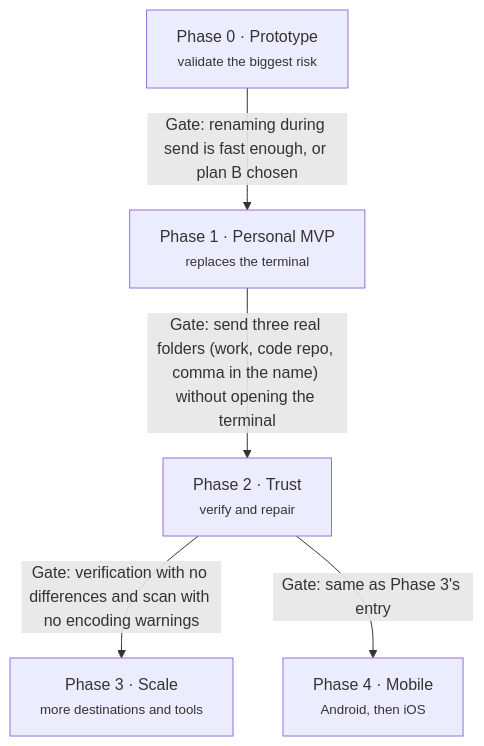
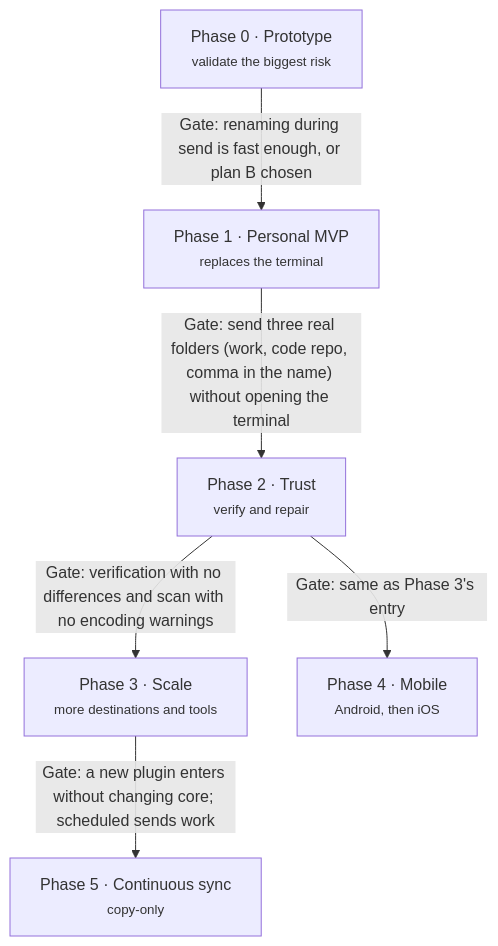
The diagram in docs/09-roadmap.md (nevespvasco/filebridge), drawn with Mermaid before and after one commit. The commit also changed other lines of this file and 16 other files, not shown here.

````diff
--- a/docs/09-roadmap.md
+++ b/docs/09-roadmap.md
@@ -9,12 +9,14 @@
 ```mermaid
 flowchart TB
     P0["Phase 0 · Prototype<br/><small>validate the biggest risk</small>"]
     P1["Phase 1 · Personal MVP<br/><small>replaces the terminal</small>"]
     P2["Phase 2 · Trust<br/><small>verify and repair</small>"]
     P3["Phase 3 · Scale<br/><small>more destinations and tools</small>"]
     P4["Phase 4 · Mobile<br/><small>Android, then iOS</small>"]
+    P5["Phase 5 · Continuous sync<br/><small>copy-only</small>"]
     P0 -- "Gate: renaming during send is fast enough, or plan B chosen" --> P1
     P1 -- "Gate: send three real folders (work, code repo, comma in the name) without opening the terminal" --> P2
     P2 -- "Gate: verification with no differences and scan with no encoding warnings" --> P3
     P2 -- "Gate: same as Phase 3's entry" --> P4
+    P3 -- "Gate: a new plugin enters without changing core; scheduled sends work" --> P5
 ```
````
